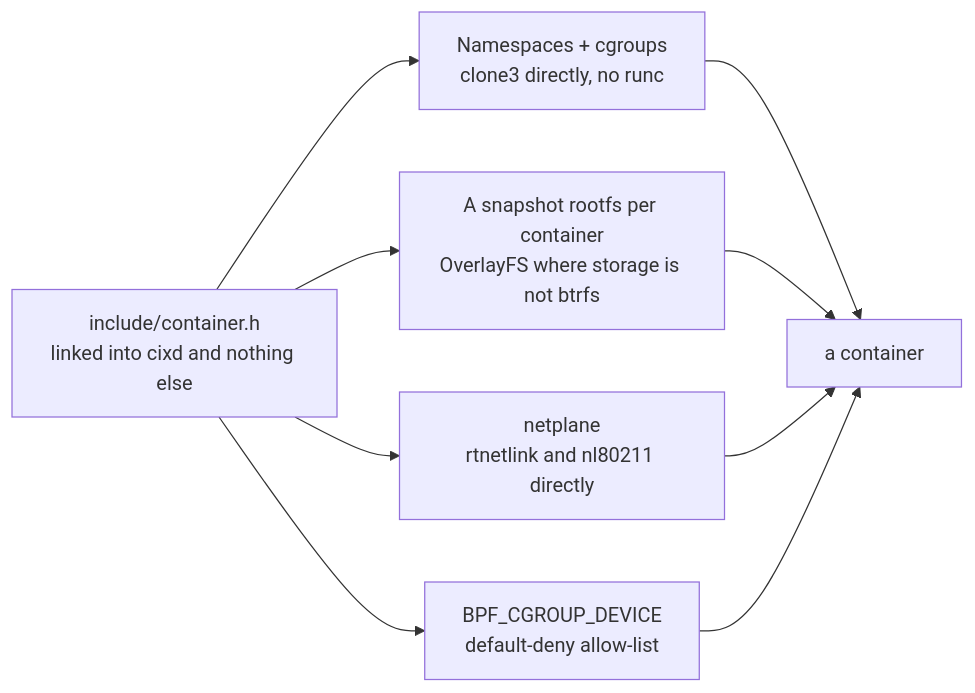
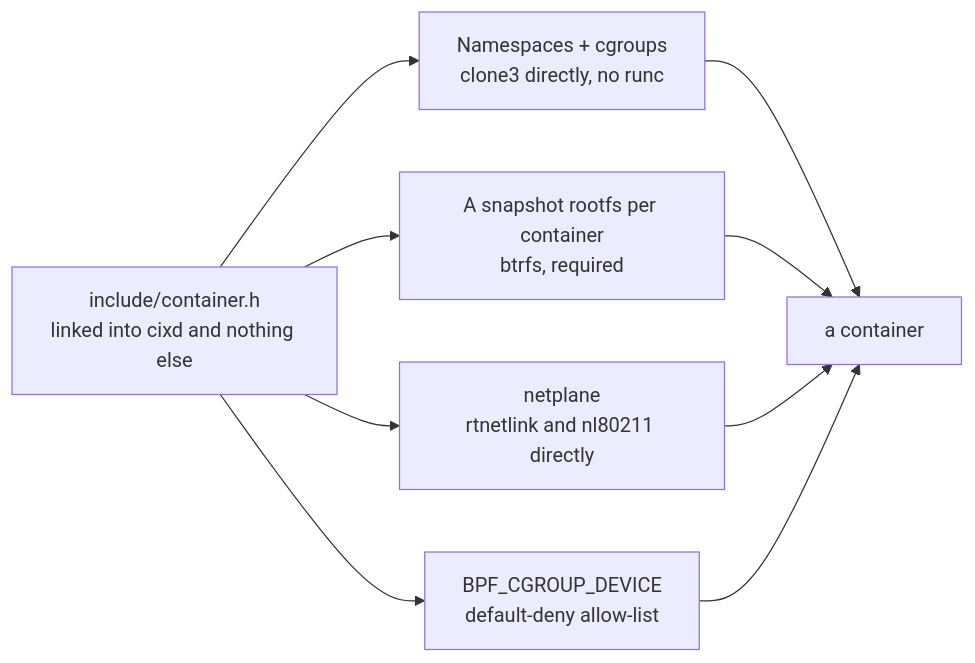
Before and after one commit to The-Cix-Project/cix: the fifth of 6 diagrams in docs/architecture/architecture.md, drawn with Mermaid. The commit also changed other lines of this file and 41 other files, not shown here.

First line of the commit message:
A container has no disk, migrate-storage is gone, and container-storage is volume-storage (#658, ADR-0360 decisions 1, 5, 6)

````diff
--- a/docs/architecture/architecture.md
+++ b/docs/architecture/architecture.md
@@ -137,11 +137,11 @@
 ```mermaid
 flowchart LR
     hdr["include/container.h<br/>linked into cixd and nothing else"] --> ns["Namespaces + cgroups<br/>clone3 directly, no runc"]
-    hdr --> ovl["A snapshot rootfs per container<br/>OverlayFS where storage is not btrfs"]
+    hdr --> ovl["A snapshot rootfs per container<br/>btrfs, required"]
     hdr --> netplane["netplane<br/>rtnetlink and nl80211 directly"]
     hdr --> devcg["BPF_CGROUP_DEVICE<br/>default-deny allow-list"]
     ns --> ctr["a container"]
     ovl --> ctr
     netplane --> ctr
     devcg --> ctr
 ```
````
